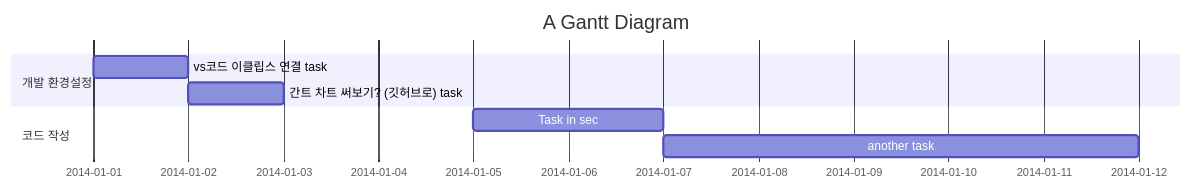
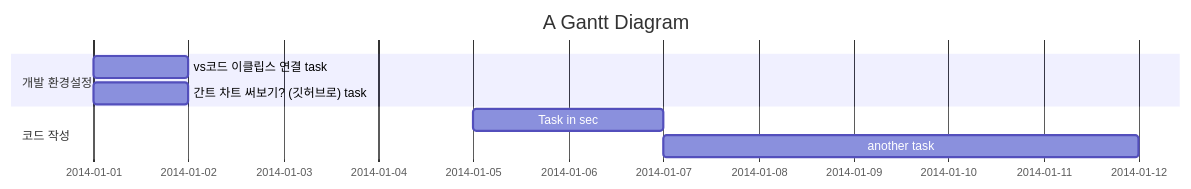
The diagram in README.md (UDONGSALI/Toy-Project), drawn with Mermaid before and after one commit.

````diff
--- a/README.md
+++ b/README.md
@@ -1,11 +1,11 @@
 ```mermaid
 gantt
     title A Gantt Diagram
     dateFormat  YYYY-MM-DD
     section 개발 환경설정
     vs코드 이클립스 연결 task           :a1, 2014-01-01, 1d
-    간트 차트 써보기? (깃허브로) task     :after a1  , 1d
+    간트 차트 써보기? (깃허브로) task     :a1, 2014-01-01, 1d
     section 코드 작성
     Task in sec      :2014-01-5  , 2d
     another task      : 5d
 ```
````
